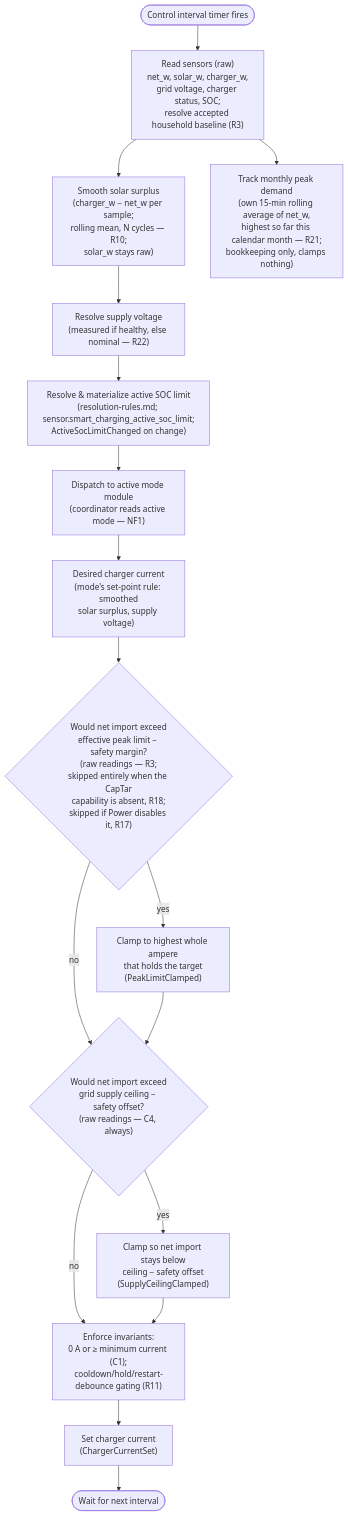
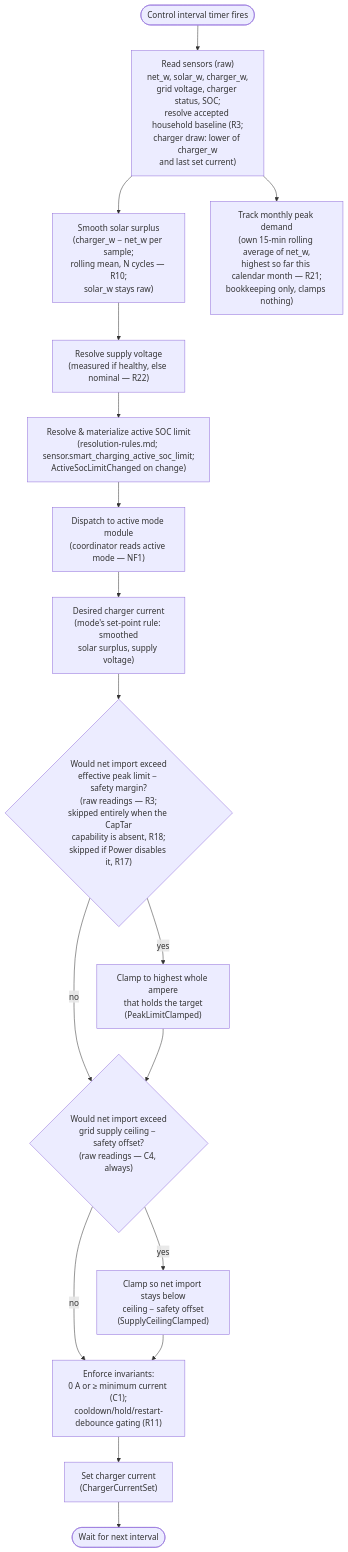
The diagram in docs/analysis/control-cycle.md (kristofdegrave/homeassistant-smart-charging), drawn with Mermaid before and after one commit. The commit also changed other lines of this file and 3 other files, not shown here.

First line of the commit message:
docs: R3's household baseline takes the lower of the charger reading and the last set current (#1584)

````diff
--- a/docs/analysis/control-cycle.md
+++ b/docs/analysis/control-cycle.md
@@ -73,19 +73,19 @@
 ```mermaid
 flowchart TD
-    Timer(["Control interval timer fires"]) --> Read["Read sensors (raw)<br/>net_w, solar_w, charger_w,<br/>grid voltage, charger status, SOC;<br/>resolve accepted household baseline (R3)"]
+    Timer(["Control interval timer fires"]) --> Read["Read sensors (raw)<br/>net_w, solar_w, charger_w,<br/>grid voltage, charger status, SOC;<br/>resolve accepted household baseline (R3;<br/>charger draw: lower of charger_w<br/>and last set current)"]
     Read --> Smooth["Smooth solar surplus<br/>(charger_w − net_w per sample;<br/>rolling mean, N cycles — R10;<br/>solar_w stays raw)"]
     Read --> PeakTrack["Track monthly peak demand<br/>(own 15-min rolling average of net_w,<br/>highest so far this calendar month — R21;<br/>bookkeeping only, clamps nothing)"]
     Smooth --> Volt["Resolve supply voltage<br/>(measured if healthy, else nominal — R22)"]
     Volt --> SocLimit["Resolve & materialize active SOC limit<br/>(resolution-rules.md; sensor.smart_charging_active_soc_limit;<br/>ActiveSocLimitChanged on change)"]
     SocLimit --> Dispatch["Dispatch to active mode module<br/>(coordinator reads active mode — NF1)"]
     Dispatch --> Desired["Desired charger current<br/>(mode's set-point rule: smoothed<br/>solar surplus, supply voltage)"]
     Desired --> Peak{"Would net import exceed<br/>effective peak limit − safety margin?<br/>(raw readings — R3;<br/>skipped entirely when the CapTar<br/>capability is absent, R18;<br/>skipped if Power disables it, R17)"}
     Peak -->|yes| Clamp["Clamp to highest whole ampere<br/>that holds the target<br/>(PeakLimitClamped)"]
     Peak -->|no| Ceiling
     Clamp --> Ceiling{"Would net import exceed<br/>grid supply ceiling − safety offset?<br/>(raw readings — C4, always)"}
     Ceiling -->|yes| CeilingClamp["Clamp so net import stays below<br/>ceiling − safety offset<br/>(SupplyCeilingClamped)"]
     Ceiling -->|no| Invariant
     CeilingClamp --> Invariant["Enforce invariants:<br/>0 A or ≥ minimum current (C1);<br/>cooldown/hold/restart-debounce gating (R11)"]
     Invariant --> Set["Set charger current<br/>(ChargerCurrentSet)"]
     Set --> Wait(["Wait for next interval"])
 ```
````
